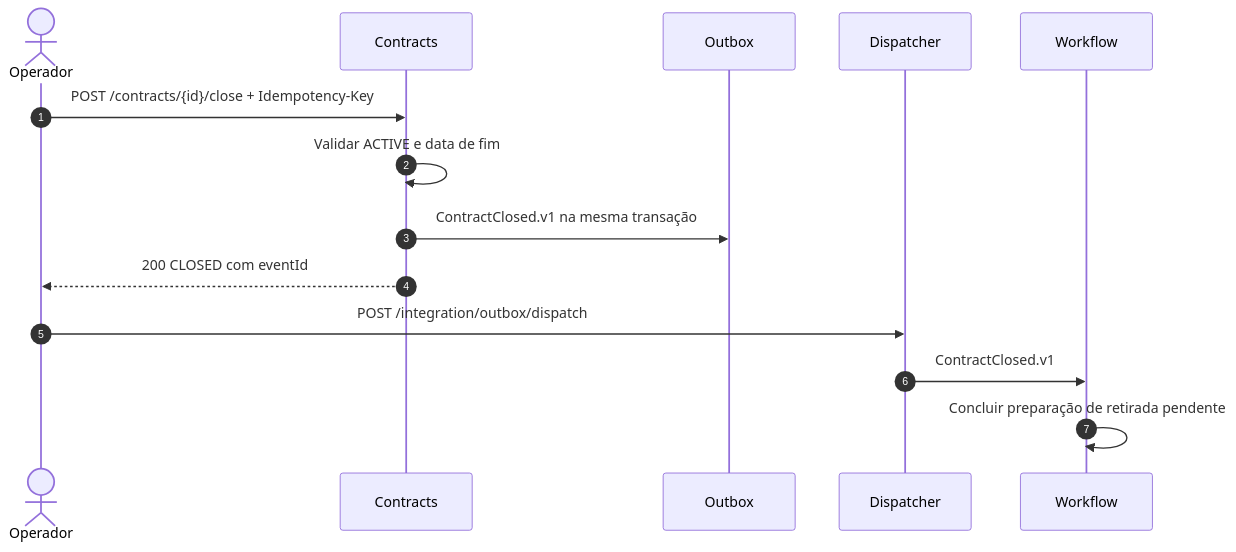
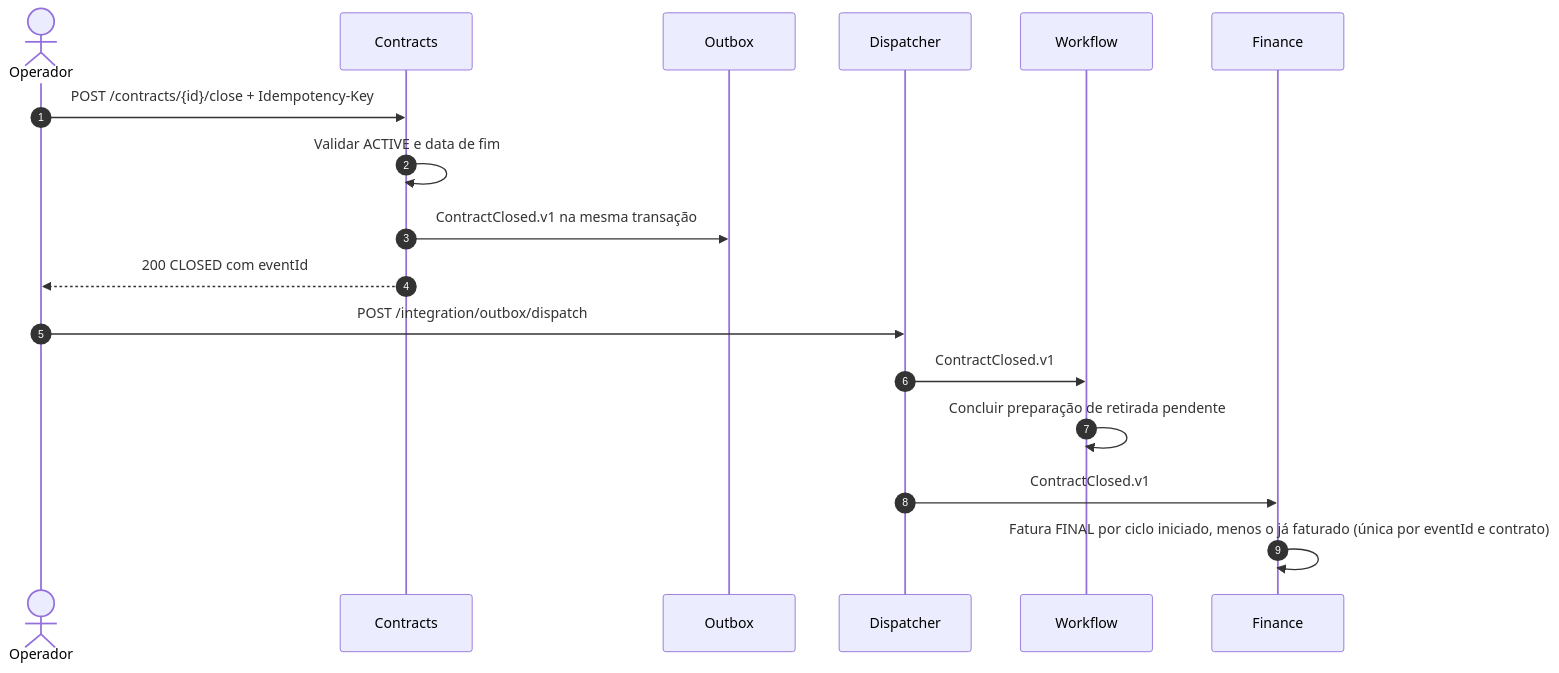
The fifth of 7 diagrams in docs/arquitetura/FLUXOS_INTEGRACAO.md (Roger-Quinelato/projetoAplicado7), drawn with Mermaid before and after one commit. The commit also changed other lines of this file and 15 other files, not shown here.

````diff
--- a/docs/arquitetura/FLUXOS_INTEGRACAO.md
+++ b/docs/arquitetura/FLUXOS_INTEGRACAO.md
@@ -264,16 +264,19 @@
 ```mermaid
 sequenceDiagram
     autonumber
     actor Operador
     participant Contracts
     participant Outbox
     participant Dispatcher
     participant Workflow
+    participant Finance
     Operador->>Contracts: POST /contracts/{id}/close + Idempotency-Key
     Contracts->>Contracts: Validar ACTIVE e data de fim
     Contracts->>Outbox: ContractClosed.v1 na mesma transação
     Contracts-->>Operador: 200 CLOSED com eventId
     Operador->>Dispatcher: POST /integration/outbox/dispatch
     Dispatcher->>Workflow: ContractClosed.v1
     Workflow->>Workflow: Concluir preparação de retirada pendente
+    Dispatcher->>Finance: ContractClosed.v1
+    Finance->>Finance: Fatura FINAL por ciclo iniciado, menos o já faturado (única por eventId e contrato)
 ```
````
